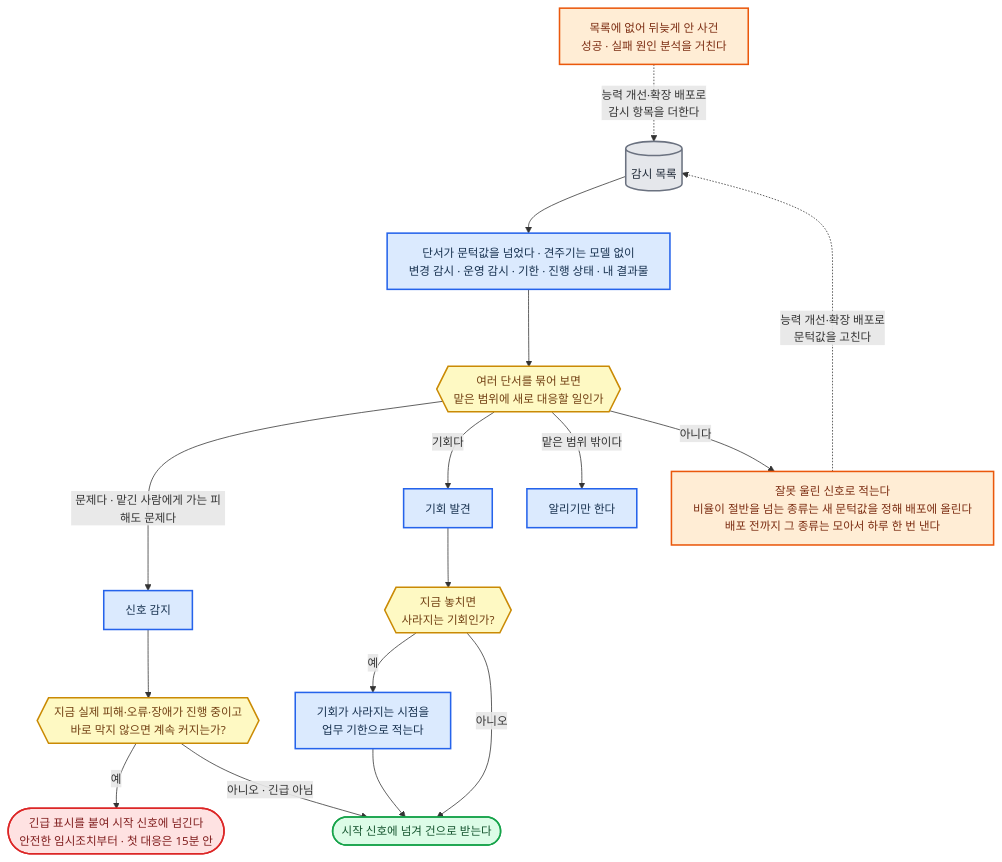
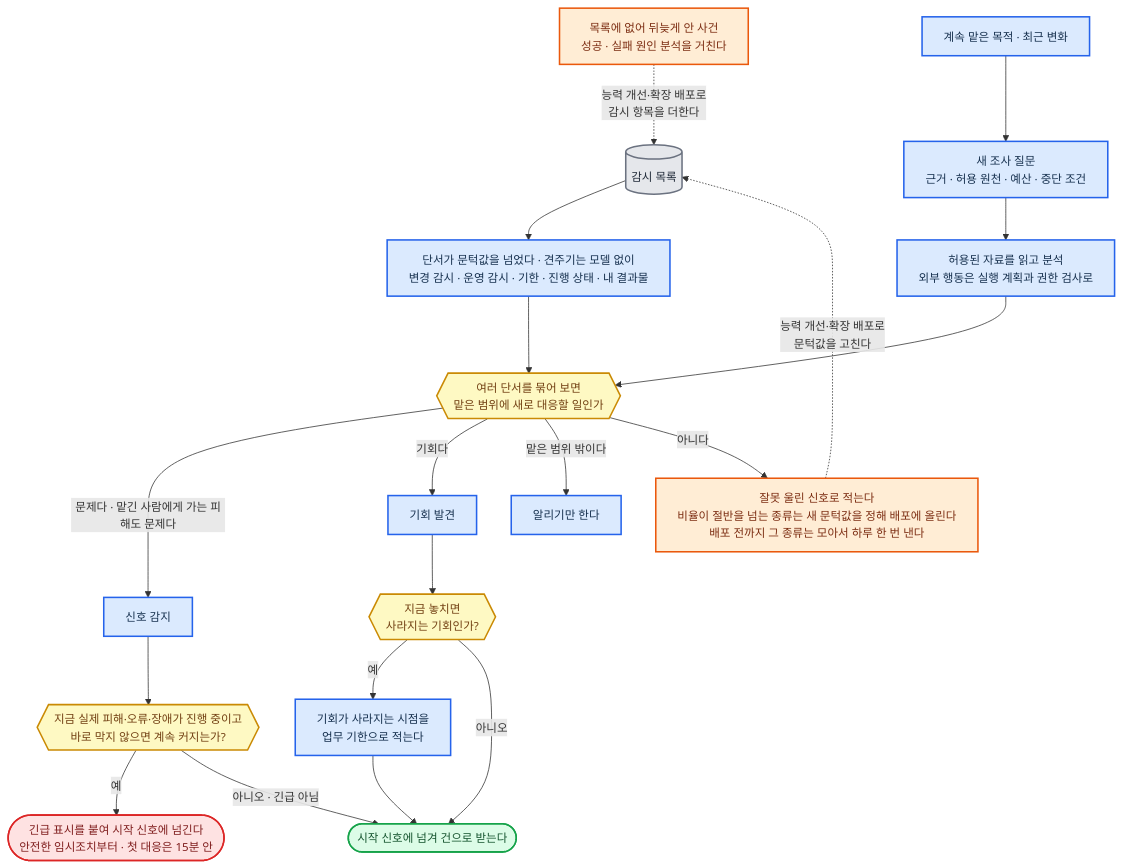
Diagram 14 of 26 in 전문가 에이전트 정의 2.md (harisbaguette/expert), drawn with Mermaid before and after one commit. The commit also changed other lines of this file and 17 other files, not shown here.

````diff
--- a/전문가 에이전트 정의 2.md
+++ b/전문가 에이전트 정의 2.md
@@ -2581,21 +2585,23 @@
 ```mermaid
 %%{init: {"flowchart": {"wrappingWidth": 640, "curve": "basis", "nodeSpacing": 45, "rankSpacing": 55, "padding": 14, "useMaxWidth": true}, "themeVariables": {"fontSize": "15px"}} }%%
 flowchart TB
     W[("감시 목록")]:::store --> CUE["단서가 문턱값을 넘었다 · 견주기는 모델 없이<br/>변경 감시 · 운영 감시 · 기한 · 진행 상태 · 내 결과물"]:::main --> Q{{"여러 단서를 묶어 보면<br/>맡은 범위에 새로 대응할 일인가"}}:::note
+    PURPOSE["계속 맡은 목적 · 최근 변화"]:::main --> ASK["새 조사 질문<br/>근거 · 허용 원천 · 예산 · 중단 조건"]:::main
+    ASK --> READ["허용된 자료를 읽고 분석<br/>외부 행동은 실행 계획과 권한 검사로"]:::main --> Q
     Q -- "문제다 · 맡긴 사람에게 가는 피해도 문제다" --> SIGNAL["신호 감지"]:::main --> HARM{{"지금 실제 피해·오류·장애가 진행 중이고<br/>바로 막지 않으면 계속 커지는가?"}}:::note
     Q -- "기회다" --> CHANCE["기회 발견"]:::main --> OPPORTUNITY{{"지금 놓치면<br/>사라지는 기회인가?"}}:::note
     HARM -- "예" --> URGENT(["긴급 표시를 붙여 시작 신호에 넘긴다<br/>안전한 임시조치부터 · 첫 대응은 15분 안"]):::stop
     HARM -- "아니오 · 긴급 아님" --> CASE(["시작 신호에 넘겨 건으로 받는다"]):::good
     OPPORTUNITY -- "예" --> DEADLINE["기회가 사라지는 시점을<br/>업무 기한으로 적는다"]:::main --> CASE
     OPPORTUNITY -- "아니오" --> CASE
     Q -- "맡은 범위 밖이다" --> TELL["알리기만 한다"]:::main
     Q -- "아니다" --> FALSE["잘못 울린 신호로 적는다<br/>비율이 절반을 넘는 종류는 새 문턱값을 정해 배포에 올린다<br/>배포 전까지 그 종류는 모아서 하루 한 번 낸다"]:::back
     FALSE -. "능력 개선·확장 배포로<br/>문턱값을 고친다" .-> W
     MISS["목록에 없어 뒤늦게 안 사건<br/>성공 · 실패 원인 분석을 거친다"]:::back -. "능력 개선·확장 배포로<br/>감시 항목을 더한다" .-> W
     classDef main fill:#dbeafe,stroke:#2563eb,stroke-width:2px,color:#17314f
     classDef back fill:#ffedd5,stroke:#ea580c,stroke-width:2px,color:#7c2d12
     classDef store fill:#e5e7eb,stroke:#6b7280,stroke-width:2px,color:#1f2937
     classDef good fill:#dcfce7,stroke:#16a34a,stroke-width:2px,color:#14532d
     classDef note fill:#fef9c3,stroke:#ca8a04,stroke-width:2px,color:#713f12
     classDef stop fill:#fee2e2,stroke:#dc2626,stroke-width:2px,color:#7f1d1d
 ```
````
